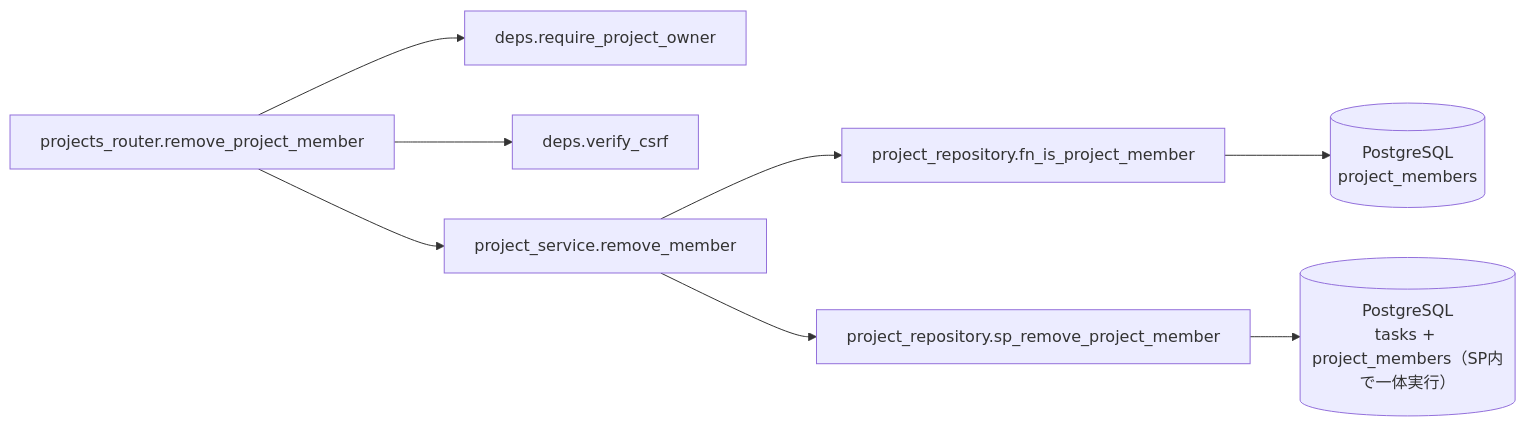
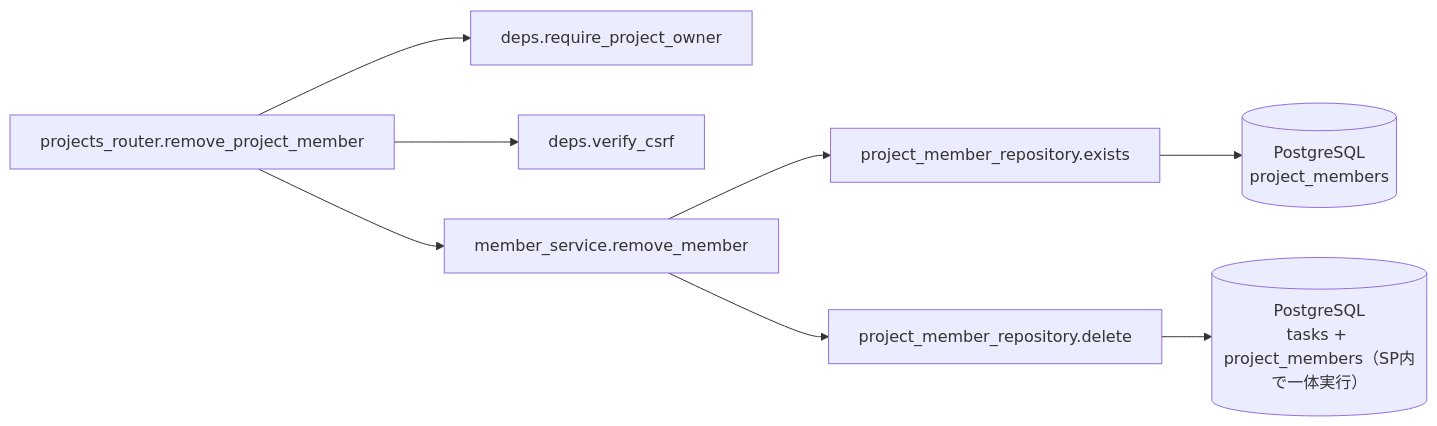
Before and after one commit to oikawa-d/task_management: the third of 4 diagrams in docs/detailed_design/api/projects/09_delete_project_member.md, drawn with Mermaid. The commit also changed other lines of this file and 4 other files, not shown here.

````diff
--- a/docs/detailed_design/api/projects/09_delete_project_member.md
+++ b/docs/detailed_design/api/projects/09_delete_project_member.md
@@ -174,10 +174,10 @@
 ```mermaid
 flowchart LR
     R["projects_router.remove_project_member"] --> D["deps.require_project_owner"]
     R --> CSRF["deps.verify_csrf"]
-    R --> S["project_service.remove_member"]
-    S --> RP1["project_repository.fn_is_project_member"]
-    S --> RP2["project_repository.sp_remove_project_member"]
+    R --> S["member_service.remove_member"]
+    S --> RP1["project_member_repository.exists"]
+    S --> RP2["project_member_repository.delete"]
     RP1 --> PG[("PostgreSQL<br/>project_members")]
     RP2 --> PG2[("PostgreSQL<br/>tasks + project_members（SP内で一体実行）")]
 ```
````
